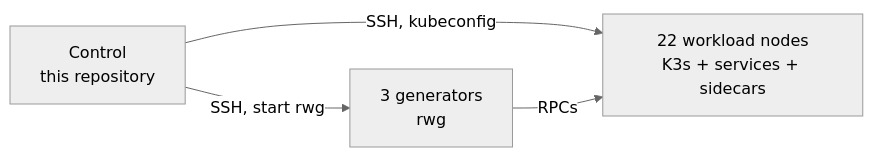
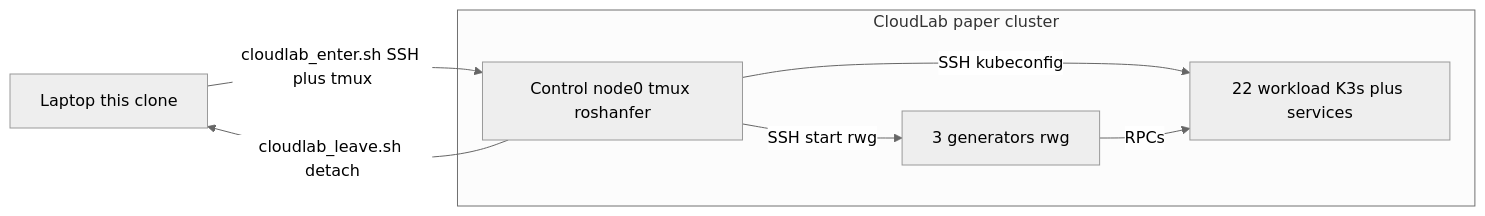
The diagram in README.md (roshanfer-project/roshanfer-experiments), drawn with Mermaid (neutral theme) before and after one commit. The commit also changed other lines of this file, not shown here.

````diff
--- a/README.md
+++ b/README.md
@@ -293,9 +87,14 @@
 ```mermaid
 flowchart LR
-  C["Control<br/>this repository"]
-  G["3 generators<br/>rwg"]
-  W["22 workload nodes<br/>K3s + services + sidecars"]
-  C -->|SSH, kubeconfig| W
-  C -->|SSH, start rwg| G
-  G -->|RPCs| W
+  Laptop["Laptop this clone"]
+  subgraph cloudlab [CloudLab paper cluster]
+    Control["Control node0 tmux roshanfer"]
+    Gens["3 generators rwg"]
+    Work["22 workload K3s plus services"]
+  end
+  Laptop -->|"cloudlab_enter.sh SSH plus tmux"| Control
+  Control -->|"cloudlab_leave.sh detach"| Laptop
+  Control -->|"SSH kubeconfig"| Work
+  Control -->|"SSH start rwg"| Gens
+  Gens -->|"RPCs"| Work
 ```
````
